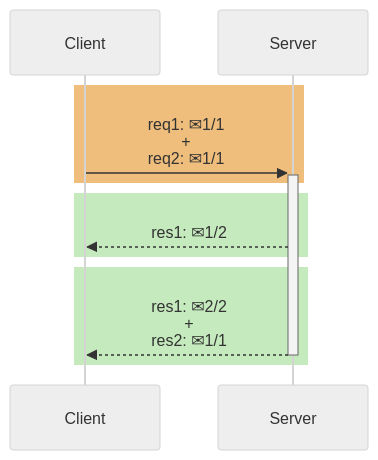
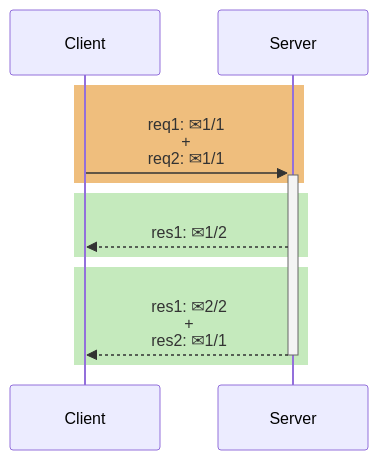
The second of 4 diagrams in src/posts/2024/03/http2-and-http3-explained.md (alexandrehtrb/alexandrehtrb.github.io), drawn with Mermaid before and after one commit. The commit also changed other lines of this file and 3 other files, not shown here.

Commit message:
style: try to switch seq diagram colours between light and dark mode

````diff
--- a/src/posts/2024/03/http2-and-http3-explained.md
+++ b/src/posts/2024/03/http2-and-http3-explained.md
@@ -128,13 +128,12 @@
 ```mermaid
-%%{init: {'theme':'neutral'}}%%
 sequenceDiagram
-    rect rgb(239,190,125)
+    rect rgb(239, 190, 125)
         Client->>+Server: req1: #9993;1/1<br>+<br>req2: #9993;1/1
     end
     rect rgb(197, 234, 189)
         Server-->>Client: res1: #9993;1/2
     end
     rect rgb(197, 234, 189)
         Server-->>-Client: res1: #9993;2/2<br>+<br>res2: #9993;1/1
     end
 ```
````
